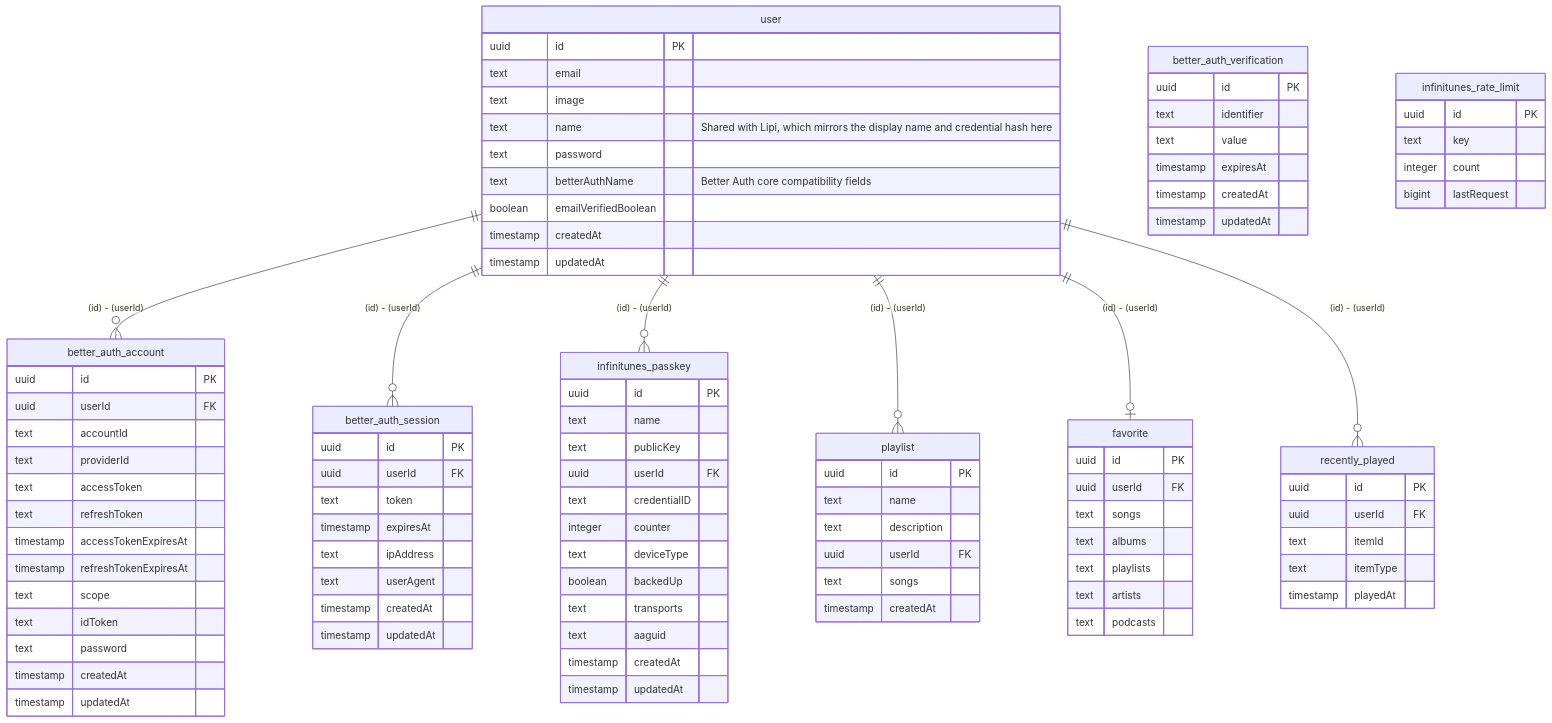
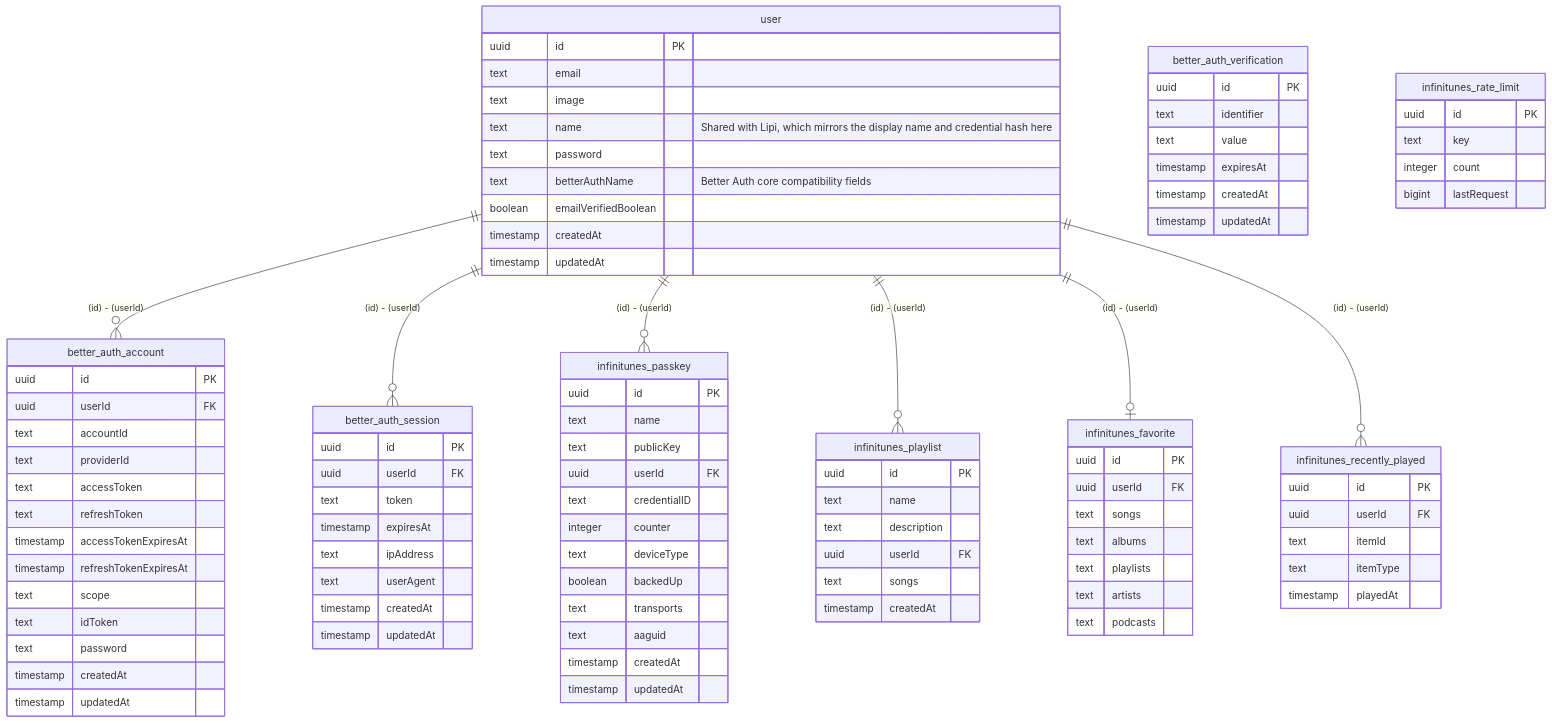
Before and after one commit to nakita628/drizzler-examples: the diagram in apps/infinitunes/docs/er.md, drawn with Mermaid. The commit also changed 439 other files, not shown here.

```diff
--- a/apps/infinitunes/docs/er.md
+++ b/apps/infinitunes/docs/er.md
@@ -3,9 +3,9 @@
     user ||--o{ better_auth_account : "(id) - (userId)"
     user ||--o{ better_auth_session : "(id) - (userId)"
     user ||--o{ infinitunes_passkey : "(id) - (userId)"
-    user ||--o{ playlist : "(id) - (userId)"
-    user ||--o| favorite : "(id) - (userId)"
-    user ||--o{ recently_played : "(id) - (userId)"
+    user ||--o{ infinitunes_playlist : "(id) - (userId)"
+    user ||--o| infinitunes_favorite : "(id) - (userId)"
+    user ||--o{ infinitunes_recently_played : "(id) - (userId)"
     user {
         uuid id PK
         text email
@@ -70,7 +70,7 @@
         timestamp createdAt
         timestamp updatedAt
     }
-    playlist {
+    infinitunes_playlist {
         uuid id PK
         text name
         text description
@@ -78,7 +78,7 @@
         text songs
         timestamp createdAt
     }
-    favorite {
+    infinitunes_favorite {
         uuid id PK
         uuid userId FK
         text songs
@@ -87,7 +87,7 @@
         text artists
         text podcasts
     }
-    recently_played {
+    infinitunes_recently_played {
         uuid id PK
         uuid userId FK
         text itemId
```
